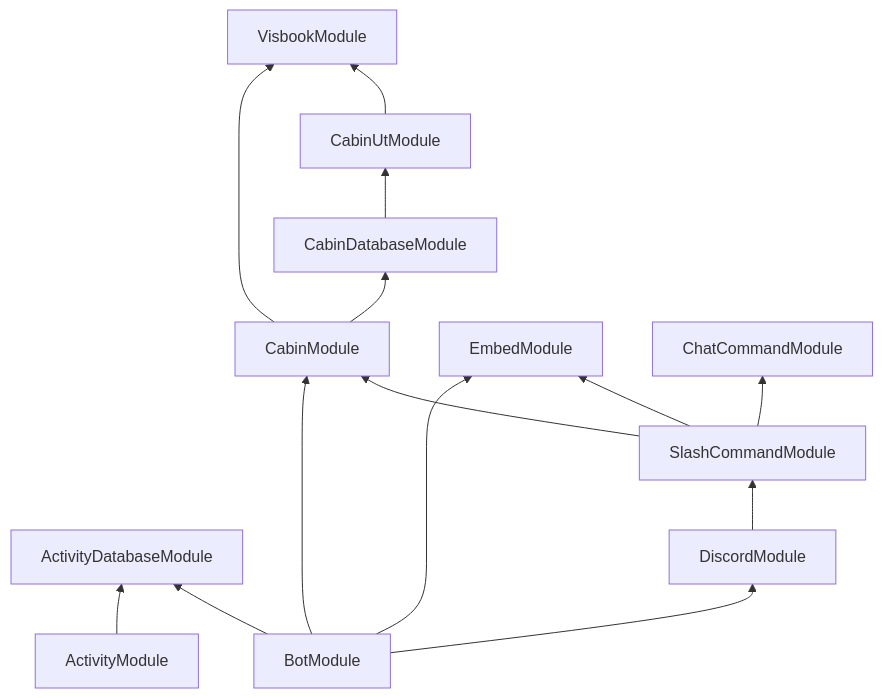
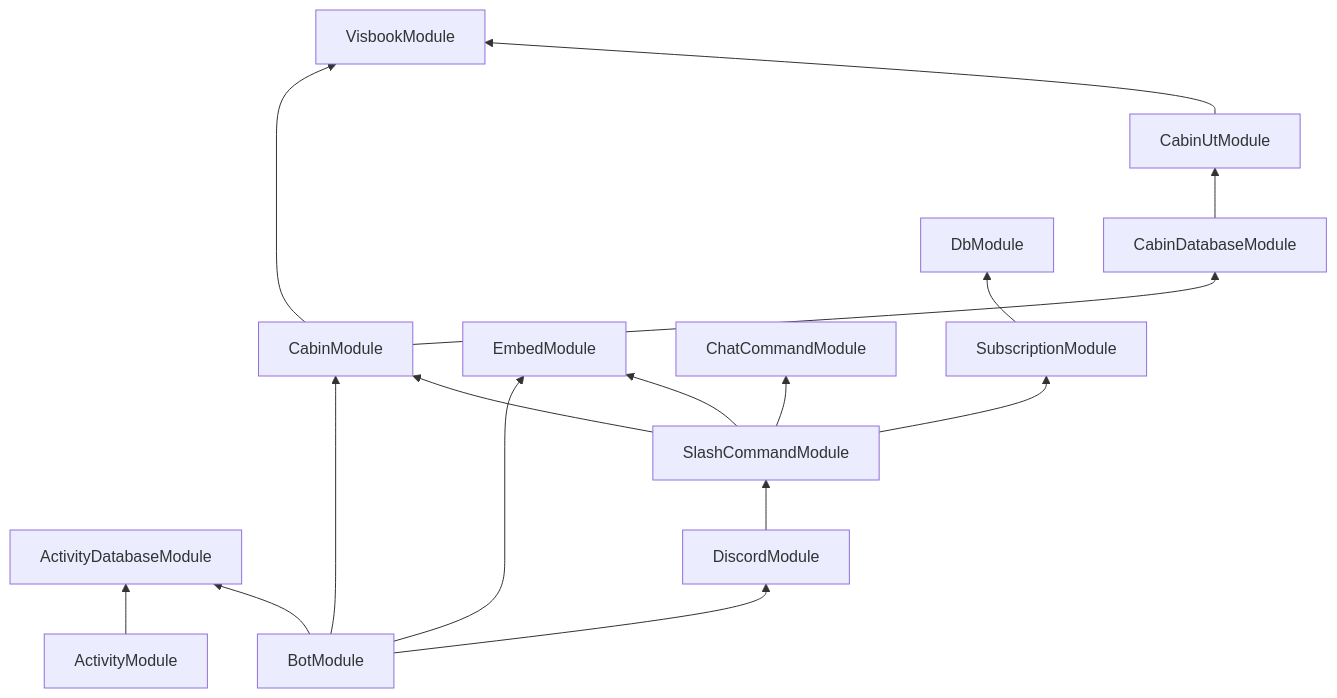
One commit to gingermusketeer/dnt-discord-bot changed the diagram in docs/dev-guide/modules.md. Above: the diagram before and after it, drawn with Mermaid. The commit also changed 6 other files, not shown here.

````diff
--- a/docs/dev-guide/modules.md
+++ b/docs/dev-guide/modules.md
@@ -5,18 +5,19 @@
 ```mermaid
 flowchart BT
 
 ActivityModule --> ActivityDatabaseModule
 BotModule --> ActivityDatabaseModule
 BotModule --> DiscordModule
 BotModule --> CabinModule
 BotModule --> EmbedModule
 CabinModule --> CabinDatabaseModule
 CabinModule --> VisbookModule
 CabinDatabaseModule --> CabinUtModule
 CabinUtModule --> VisbookModule
 DiscordModule --> SlashCommandModule
-EmbedModule
 SlashCommandModule --> CabinModule
 SlashCommandModule --> ChatCommandModule
 SlashCommandModule --> EmbedModule
+SlashCommandModule --> SubscriptionModule
+SubscriptionModule --> DbModule
 ```
````
